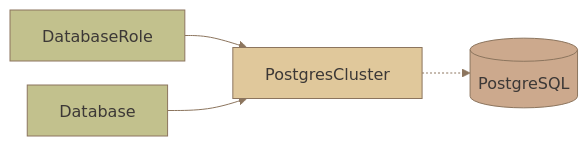
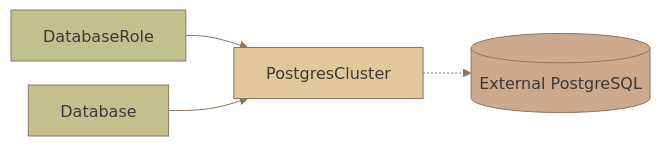
Before and after one commit to vterdunov/external-postgres-control-operator: the diagram in README.md, drawn with Mermaid.

Commit message:
docs: label the PostgreSQL server as external

````diff
--- a/README.md
+++ b/README.md
@@ -21,38 +21,38 @@
 ```mermaid
 ---
 config:
   theme: base
   fontFamily: "system-ui, sans-serif"
   htmlLabels: false
   themeCSS: |
     .node rect { rx: 8px; ry: 8px; stroke-width: 1px; filter: drop-shadow(0px 3px 1px #3c383680) drop-shadow(0px 9px 7px #3c383659); }
   themeVariables:
     fontFamily: "system-ui, sans-serif"
     fontSize: "16px"
     primaryColor: "#d2b98b"
     primaryTextColor: "#3c3836"
     primaryBorderColor: "#8c755e"
     lineColor: "#8c755e"
     textColor: "#3c3836"
     clusterBkg: "#ddc9a4"
     clusterBorder: "#8c755e"
     titleColor: "#3c3836"
     edgeLabelBackground: "#ddc9a4"
   flowchart:
     nodeSpacing: 24
     rankSpacing: 48
     padding: 16
     diagramPadding: 20
 ---
 flowchart LR
     role["DatabaseRole"] --> cluster["PostgresCluster"]
     database["Database"] --> cluster
-    cluster -.-> postgres[("PostgreSQL")]
+    cluster -.-> postgres[("External PostgreSQL")]
 
     classDef source fill:#e0c89b,stroke:#8c755e,color:#3c3836
     classDef output fill:#c2c18d,stroke:#8c755e,color:#3c3836
     classDef consumer fill:#cca98d,stroke:#8c755e,color:#3c3836
     class cluster source
     class database,role output
     class postgres consumer
 ```
````
